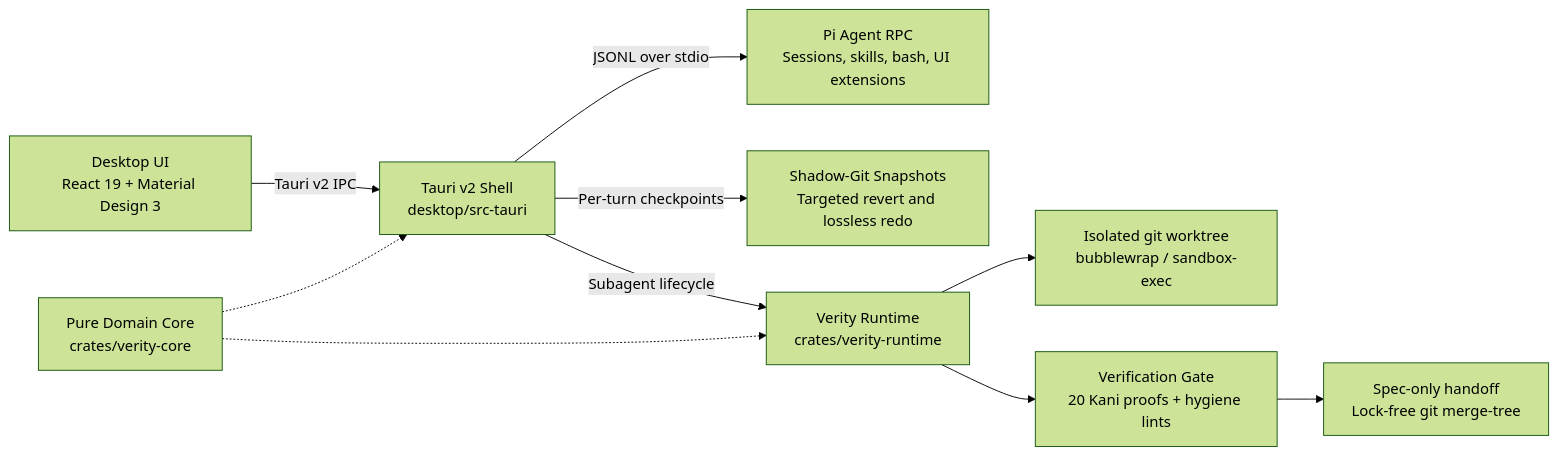
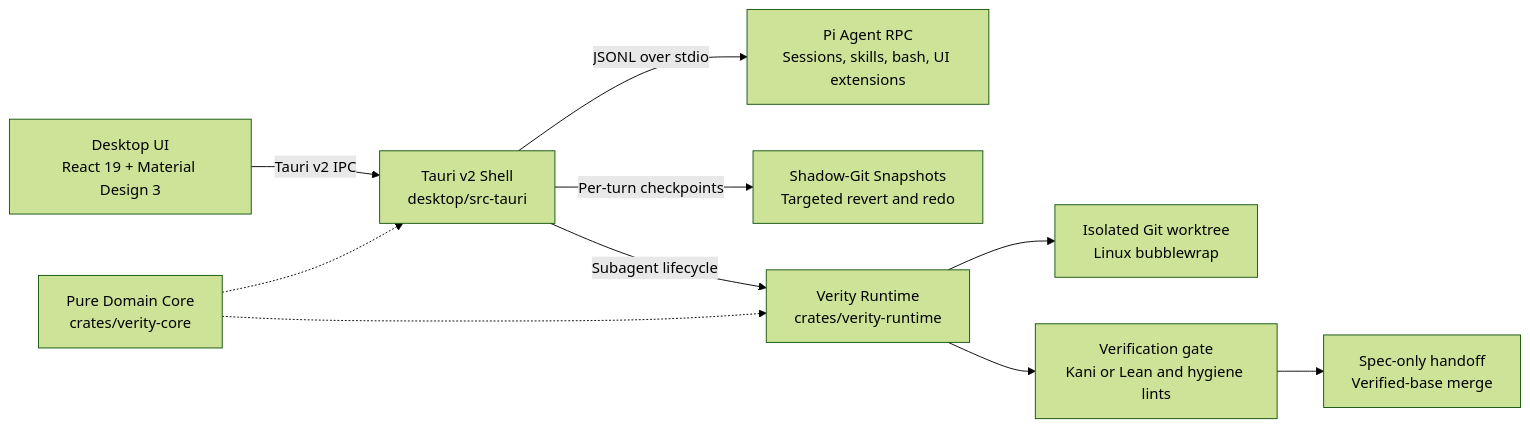
The diagram in README.md (RoyCoding8/verity-sandbox), drawn with Mermaid (forest theme) before and after one commit. The commit also changed other lines of this file and 3 other files, not shown here.

````diff
--- a/README.md
+++ b/README.md
@@ -22,12 +22,12 @@
 ```mermaid
 flowchart LR
     UI["Desktop UI<br/>React 19 + Material Design 3"] -->|Tauri v2 IPC| Shell["Tauri v2 Shell<br/>desktop/src-tauri"]
     Shell -->|JSONL over stdio| Pi["Pi Agent RPC<br/>Sessions, skills, bash, UI extensions"]
-    Shell -->|Per-turn checkpoints| Shadow["Shadow-Git Snapshots<br/>Targeted revert and lossless redo"]
+    Shell -->|Per-turn checkpoints| Shadow["Shadow-Git Snapshots<br/>Targeted revert and redo"]
     Shell -->|Subagent lifecycle| Runtime["Verity Runtime<br/>crates/verity-runtime"]
-    Runtime --> Worktree["Isolated git worktree<br/>bubblewrap / sandbox-exec"]
-    Runtime --> Gate["Verification Gate<br/>20 Kani proofs + hygiene lints"]
-    Gate --> Merge["Spec-only handoff<br/>Lock-free git merge-tree"]
+    Runtime --> Worktree["Isolated Git worktree<br/>Linux bubblewrap"]
+    Runtime --> Gate["Verification gate<br/>Kani or Lean and hygiene lints"]
+    Gate --> Merge["Spec-only handoff<br/>Verified-base merge"]
     Core["Pure Domain Core<br/>crates/verity-core"] -.-> Runtime
     Core -.-> Shell
 ```
````
